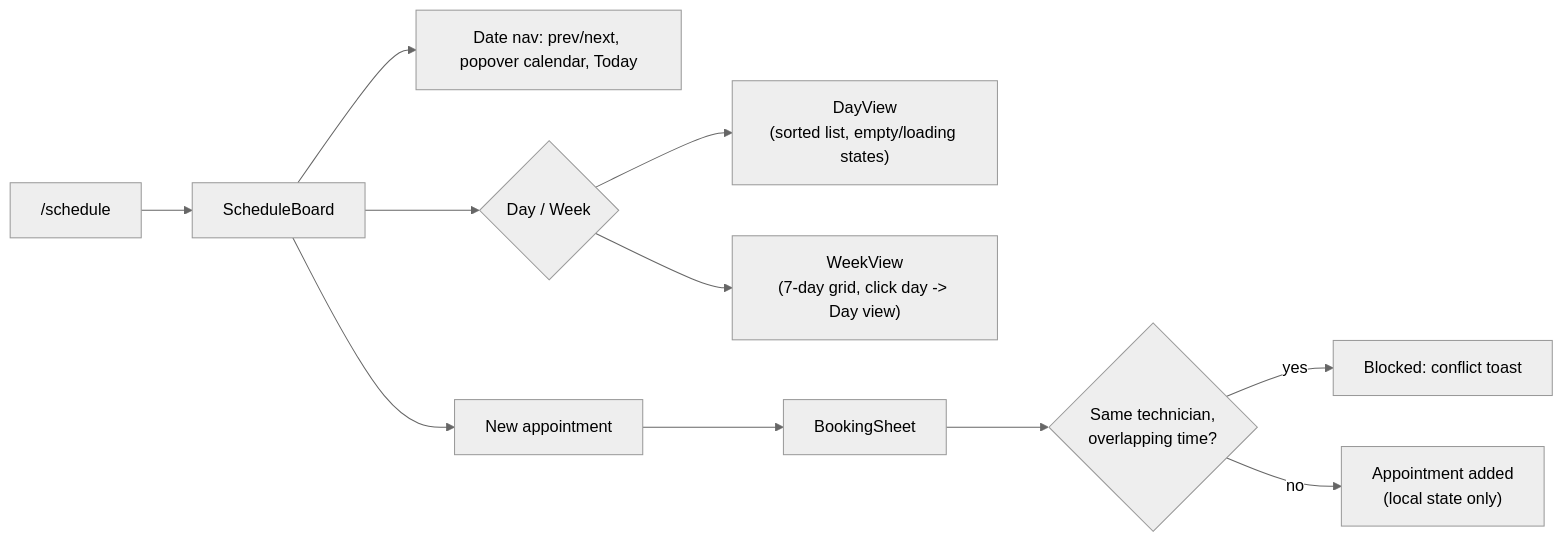
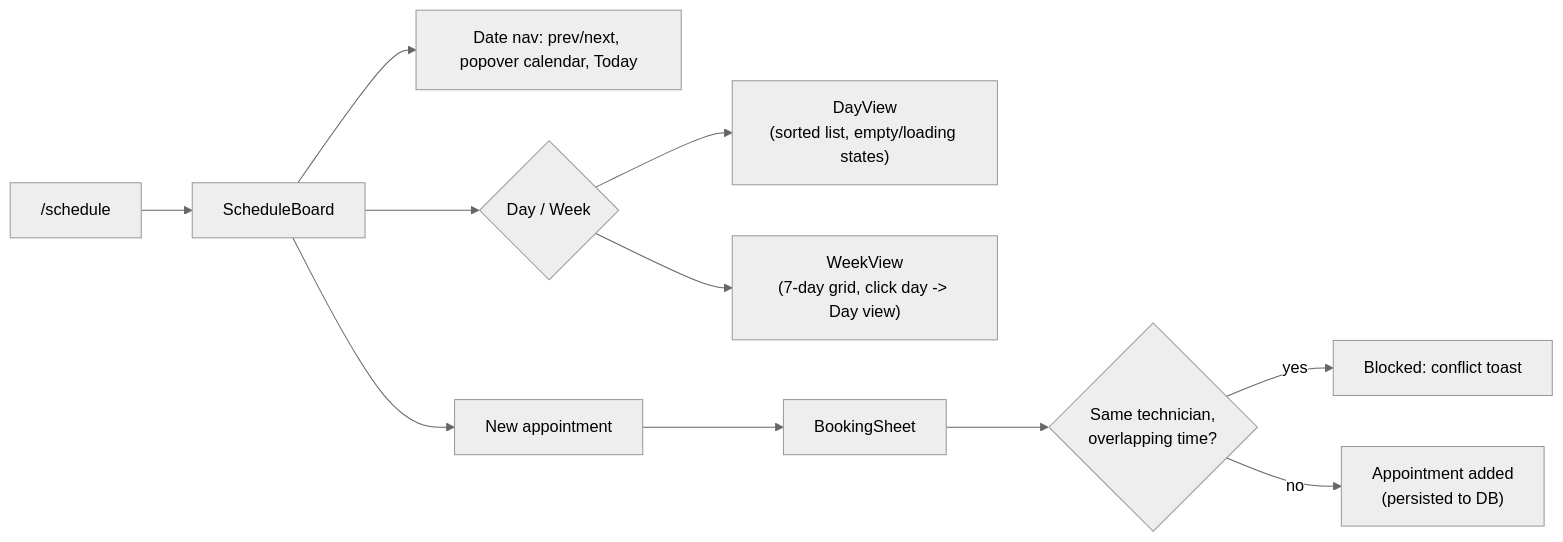
The third of 3 diagrams in Breezyops-Vault/08-Project-Memory/Build-Status.md (ameensyed397-ui/BREEZYOPS), drawn with Mermaid (neutral theme) before and after one commit. The commit also changed other lines of this file and 4 other files, not shown here.

````diff
--- a/Breezyops-Vault/08-Project-Memory/Build-Status.md
+++ b/Breezyops-Vault/08-Project-Memory/Build-Status.md
@@ -76,12 +167,12 @@
 ```mermaid
 flowchart LR
     Page["/schedule"] --> Board["ScheduleBoard"]
     Board --> Nav["Date nav: prev/next, popover calendar, Today"]
     Board --> ViewTabs{Day / Week}
     ViewTabs --> Day["DayView\n(sorted list, empty/loading states)"]
     ViewTabs --> Week["WeekView\n(7-day grid, click day -> Day view)"]
     Board --> NewBtn["New appointment"] --> Sheet["BookingSheet"]
     Sheet --> Conflict{"Same technician,\noverlapping time?"}
     Conflict -->|yes| Block["Blocked: conflict toast"]
-    Conflict -->|no| Create["Appointment added\n(local state only)"]
+    Conflict -->|no| Create["Appointment added\n(persisted to DB)"]
 ```
````
